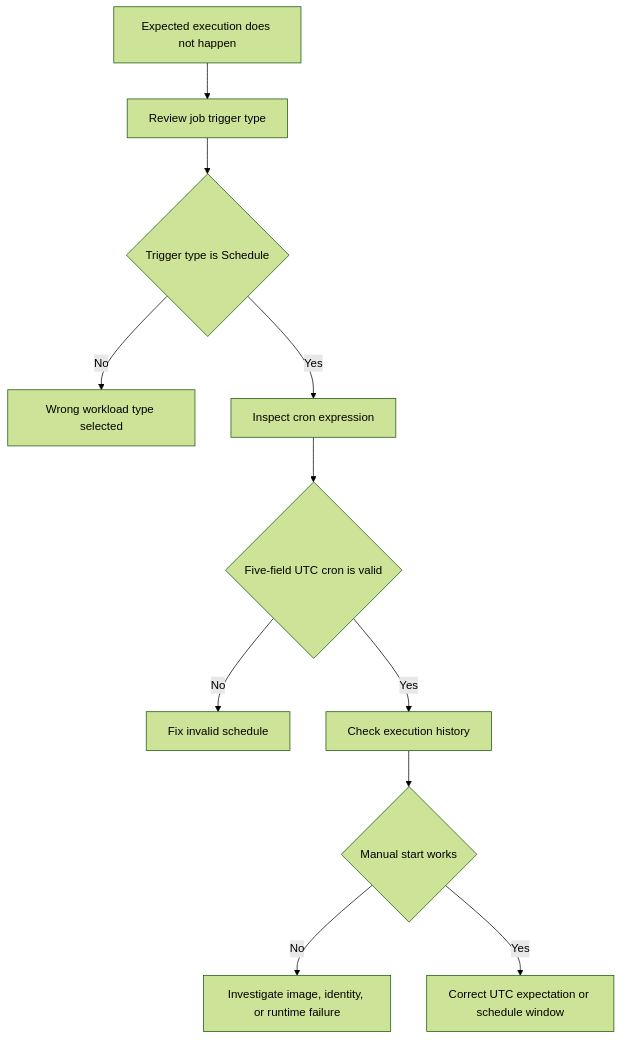
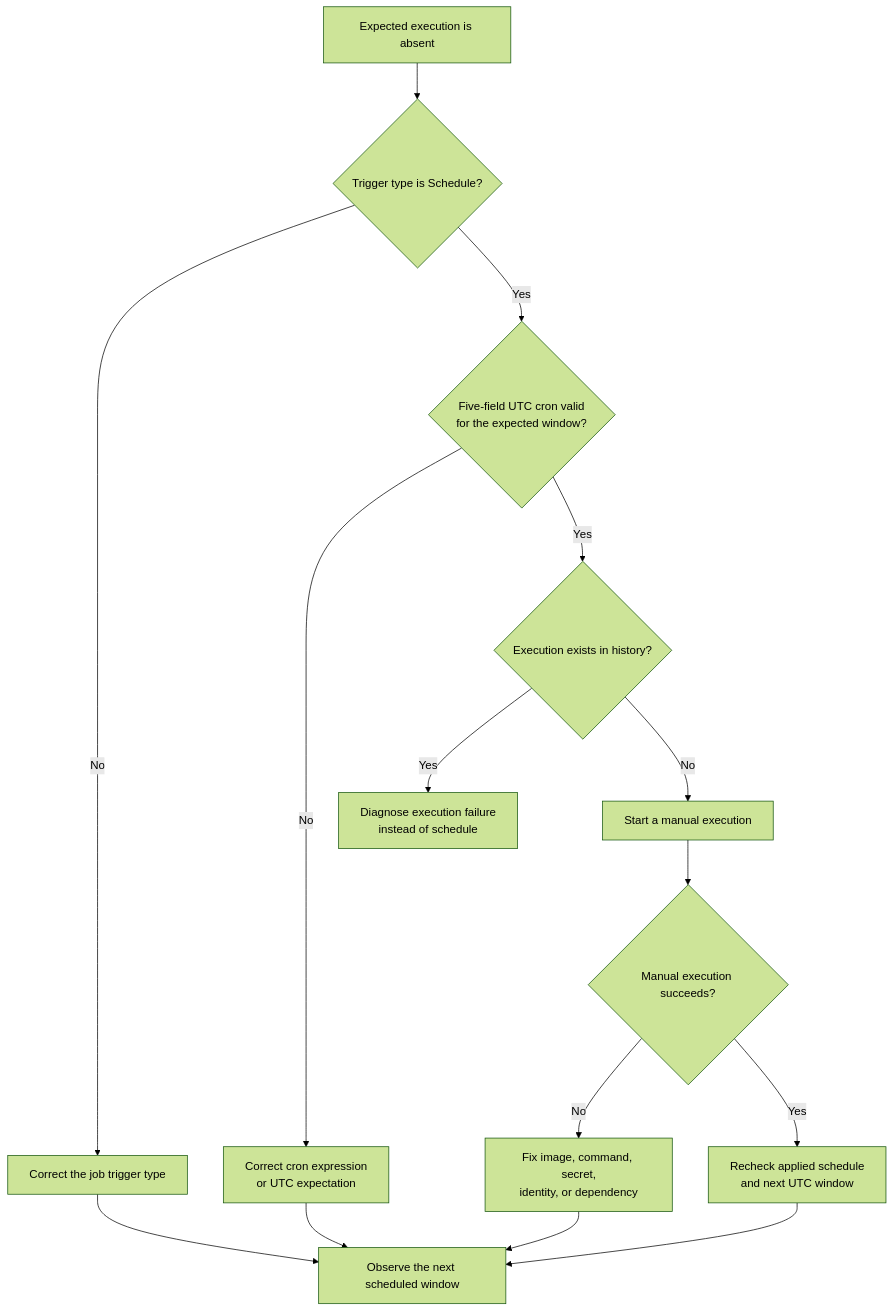
One commit to yeongseon/azure-container-apps-practical-guide changed the diagram in docs/troubleshooting/playbooks/platform-features/scheduled-job-missed.md. Above: the diagram before and after it, drawn with Mermaid (forest theme). The commit also changed other lines of this file and 28 other files, not shown here.

Commit message:
docs(diagrams): migrate playbook diagnostic flows (#627)

````diff
--- a/docs/troubleshooting/playbooks/platform-features/scheduled-job-missed.md
+++ b/docs/troubleshooting/playbooks/platform-features/scheduled-job-missed.md
@@ -37,13 +37,20 @@
 ```mermaid
 flowchart TD
-    A[Expected execution does not happen] --> B[Review job trigger type]
-    B --> C{Trigger type is Schedule}
-    C -->|No| D[Wrong workload type selected]
-    C -->|Yes| E[Inspect cron expression]
-    E --> F{Five-field UTC cron is valid}
-    F -->|No| G[Fix invalid schedule]
-    F -->|Yes| H[Check execution history]
-    H --> I{Manual start works}
-    I -->|No| J[Investigate image, identity, or runtime failure]
-    I -->|Yes| K[Correct UTC expectation or schedule window]
+    accTitle: Diagnose a missed scheduled job execution
+    accDescr: Verify the Schedule trigger and five-field UTC cron, separate an absent execution from an immediately failed one, and use a manual start to test the job template independently.
+
+    START[Expected execution is absent] --> TYPE{Trigger type is Schedule?}
+    TYPE -->|No| TRIGGER[Correct the job trigger type]
+    TYPE -->|Yes| CRON{Five-field UTC cron valid<br/>for the expected window?}
+    CRON -->|No| SCHEDULE[Correct cron expression<br/>or UTC expectation]
+    CRON -->|Yes| HISTORY{Execution exists in history?}
+    HISTORY -->|Yes| FAILED[Diagnose execution failure<br/>instead of schedule]
+    HISTORY -->|No| MANUAL[Start a manual execution]
+    MANUAL --> WORKS{Manual execution succeeds?}
+    WORKS -->|No| RUNTIME[Fix image, command, secret,<br/>identity, or dependency]
+    WORKS -->|Yes| WINDOW[Recheck applied schedule<br/>and next UTC window]
+    TRIGGER --> VERIFY[Observe the next scheduled window]
+    SCHEDULE --> VERIFY
+    RUNTIME --> VERIFY
+    WINDOW --> VERIFY
 ```
````
